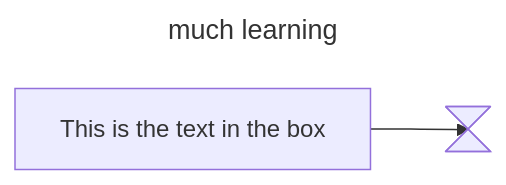
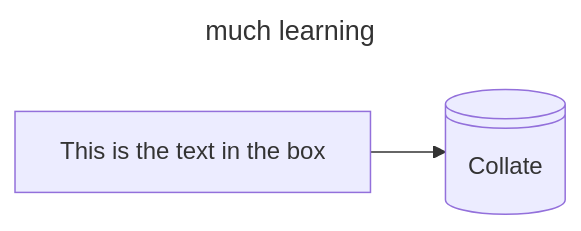
One commit to SerenaTech/docproj changed the second of 2 diagrams in neat.md. Above: the diagram before and after it, drawn with Mermaid.

````diff
--- a/neat.md
+++ b/neat.md
@@ -42,9 +42,9 @@
 ```mermaid
 ---
 title: much learning
 ---
 flowchart LR
 
-    id1[This is the text in the box]-->A@{ shape: hourglass, label: "Collate" }
+    id1[This is the text in the box]-->A@{ shape: lin-cyl, label: "Collate" }
 
 ```
````
